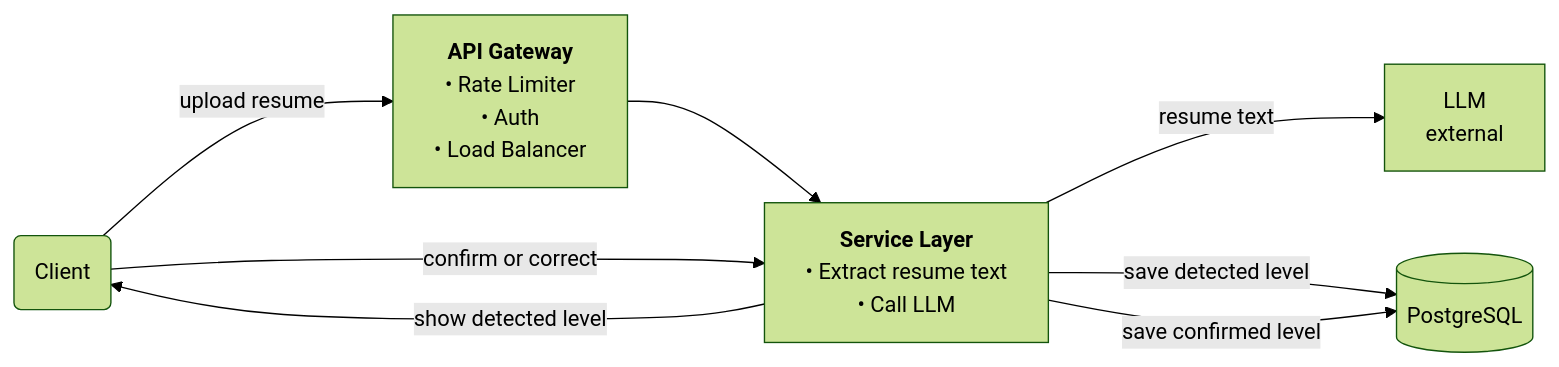
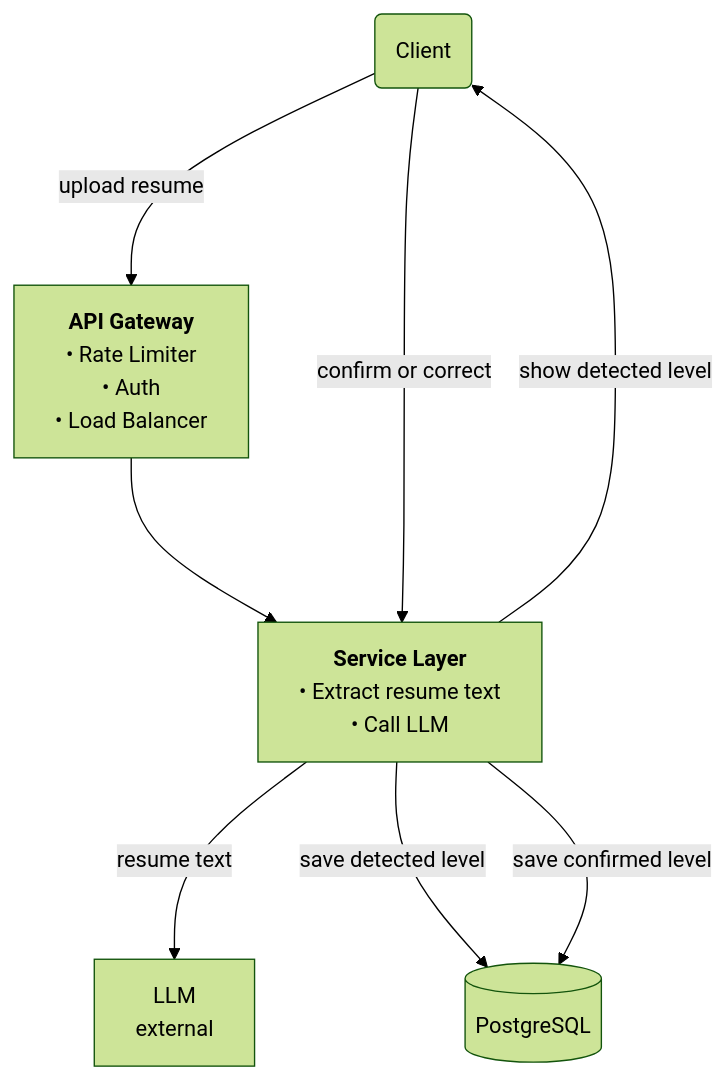
Before and after one commit to shivam-tamboli/GrillMyProject: the second of 4 diagrams in SYSTEM_DESIGN.md, drawn with Mermaid (forest theme).

Commit message:
fix diagram 2 spacing and layout

````diff
--- a/SYSTEM_DESIGN.md
+++ b/SYSTEM_DESIGN.md
@@ -340,17 +340,17 @@
 ```mermaid
-%%{init: {'flowchart': {'nodeSpacing': 60, 'rankSpacing': 100}}}%%
-flowchart LR
+%%{init: {'flowchart': {'nodeSpacing': 80, 'rankSpacing': 120}}}%%
+flowchart TD
     Client(Client)
     GW["<b>API Gateway</b><br/>• Rate Limiter<br/>• Auth<br/>• Load Balancer"]
     SVC["<b>Service Layer</b><br/>• Extract resume text<br/>• Call LLM"]
     LLM["LLM<br/>external"]
     PG[(PostgreSQL)]
 
     Client -->|upload resume| GW
     GW --> SVC
     SVC -->|resume text| LLM
     SVC -->|save detected level| PG
     SVC -->|show detected level| Client
     Client -->|confirm or correct| SVC
     SVC -->|save confirmed level| PG
 ```
````
